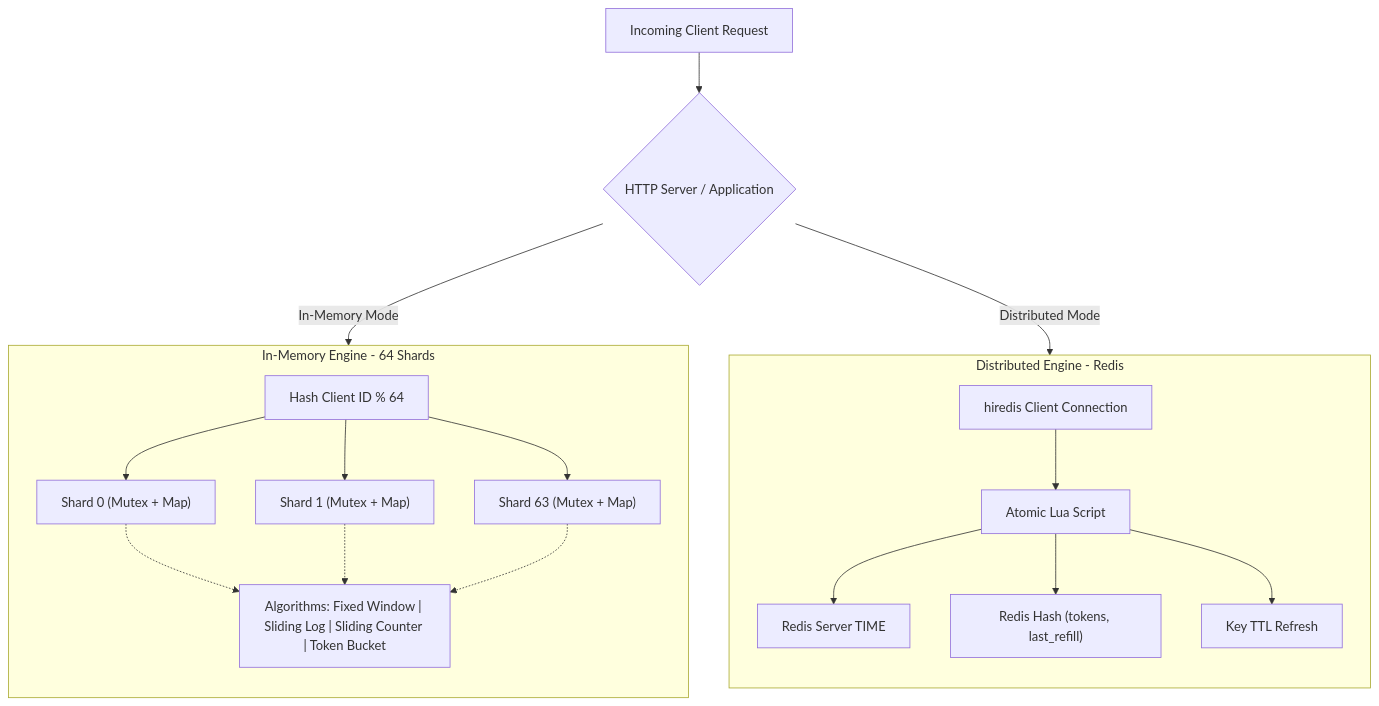
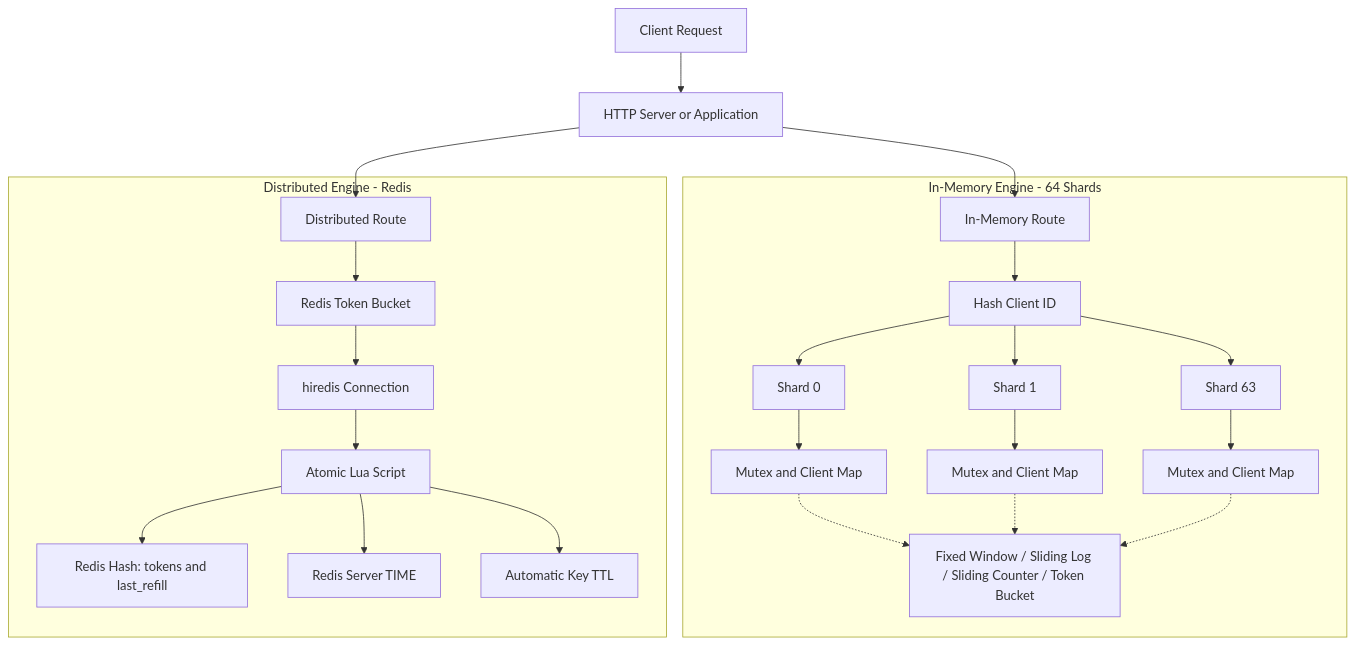
One commit to Dharmraj06/High-Performance-Rate-Limiter changed the first of 5 diagrams in README.md. Above: the diagram before and after it, drawn with Mermaid. The commit also changed other lines of this file, not shown here.

````diff
--- a/README.md
+++ b/README.md
@@ -43,26 +43,32 @@
 ```mermaid
 flowchart TD
-    Client[Incoming Client Request] --> Router{HTTP Server / Application}
+    Client[Client Request] --> Router[HTTP Server or Application]
 
-    Router -->|In-Memory Mode| InMemEngine[In-Memory Engine]
-    Router -->|Distributed Mode| DistEngine[Distributed Engine]
+    Router --> LocalRoute[In-Memory Route]
+    Router --> RedisRoute[Distributed Route]
 
-    subgraph InMemEngine [In-Memory Engine - 64 Shards]
-        direction TB
-        Hash[Hash Client ID % 64] --> Shard0["Shard 0 (Mutex + Map)"]
-        Hash --> Shard1["Shard 1 (Mutex + Map)"]
-        Hash --> ShardN["Shard 63 (Mutex + Map)"]
-        
-        Shard0 -.-> Alg["Algorithms: Fixed Window | Sliding Log | Sliding Counter | Token Bucket"]
-        Shard1 -.-> Alg
-        ShardN -.-> Alg
+    subgraph LocalEngine["In-Memory Engine - 64 Shards"]
+        LocalRoute --> Hash[Hash Client ID]
+        Hash --> Shard0[Shard 0]
+        Hash --> Shard1[Shard 1]
+        Hash --> Shard63[Shard 63]
+
+        Shard0 --> State0[Mutex and Client Map]
+        Shard1 --> State1[Mutex and Client Map]
+        Shard63 --> State63[Mutex and Client Map]
+
+        State0 -.-> Alg[Fixed Window / Sliding Log / Sliding Counter / Token Bucket]
+        State1 -.-> Alg
+        State63 -.-> Alg
     end
 
-    subgraph DistEngine [Distributed Engine - Redis]
-        direction TB
-        RedisClient[hiredis Client Connection] --> Lua[Atomic Lua Script]
-        Lua --> TimeSource[Redis Server TIME]
-        Lua --> StateHash["Redis Hash (tokens, last_refill)"]
-        Lua --> AutoTTL[Key TTL Refresh]
+    subgraph RedisEngine["Distributed Engine - Redis"]
+        RedisRoute --> RedisLimiter[Redis Token Bucket]
+        RedisLimiter --> RedisConn[hiredis Connection]
+        RedisConn --> Lua[Atomic Lua Script]
+
+        Lua --> RedisState[Redis Hash: tokens and last_refill]
+        Lua --> RedisTime[Redis Server TIME]
+        Lua --> TTL[Automatic Key TTL]
     end
 ```
````
